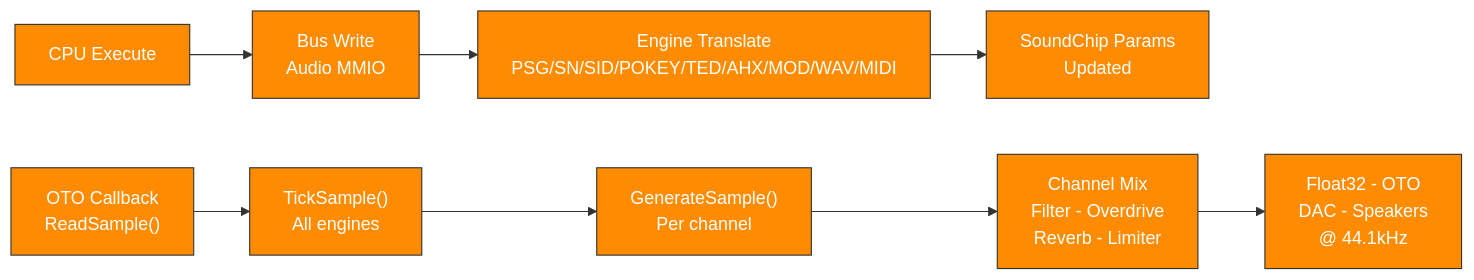
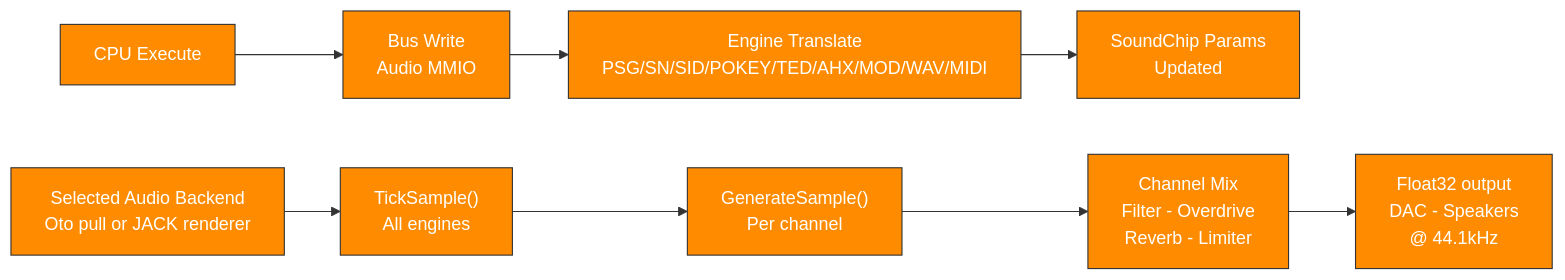
Before and after one commit to IntuitionAmiga/IntuitionEngine: diagram 11 of 12 in sdk/docs/architecture.md, drawn with Mermaid. The commit also changed other lines of this file and 108 other files, not shown here.

````diff
--- a/sdk/docs/architecture.md
+++ b/sdk/docs/architecture.md
@@ -2145,18 +2197,18 @@
 ```mermaid
 graph LR
     EX["CPU Execute"]
     BW["Bus Write<br/>Audio MMIO"]
     ET["Engine Translate<br/>PSG/SN/SID/POKEY/TED/AHX/MOD/WAV/MIDI"]
     SC["SoundChip Params<br/>Updated"]
-    OTO["OTO Callback<br/>ReadSample()"]
+    OUT["Selected Audio Backend<br/>Oto pull or JACK renderer"]
     TS["TickSample()<br/>All engines"]
     GS["GenerateSample()<br/>Per channel"]
     MIX["Channel Mix<br/>Filter - Overdrive<br/>Reverb - Limiter"]
-    DAC["Float32 - OTO<br/>DAC - Speakers<br/>@ 44.1kHz"]
+    DAC["Float32 output<br/>DAC - Speakers<br/>@ 44.1kHz"]
 
     EX --> BW --> ET --> SC
-    OTO --> TS --> GS --> MIX --> DAC
+    OUT --> TS --> GS --> MIX --> DAC
 
     classDef flow fill:#FF8C00,stroke:#333,color:#fff
-    class EX,BW,ET,SC,OTO,TS,GS,MIX,DAC flow
+    class EX,BW,ET,SC,OUT,TS,GS,MIX,DAC flow
 ```
````
